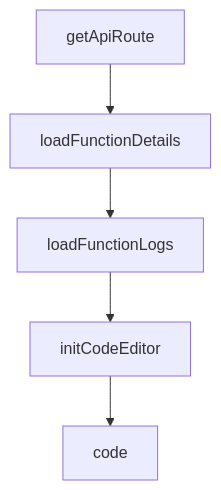
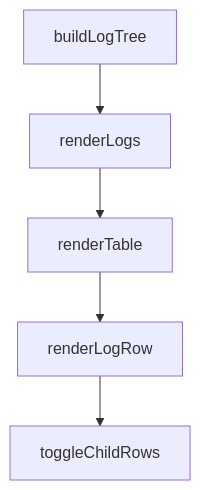
Before and after one commit to johnxie/awesome-code-docs: the diagram in tutorials/babyagi-tutorial/08-production-patterns-and-research-adaptations.md, drawn with Mermaid. The commit also changed other lines of this file and 1232 other files, not shown here.

````diff
--- a/tutorials/babyagi-tutorial/08-production-patterns-and-research-adaptations.md
+++ b/tutorials/babyagi-tutorial/08-production-patterns-and-research-adaptations.md
@@ -211,12 +209,12 @@
 ```mermaid
 flowchart TD
-    A[getApiRoute]
-    B[loadFunctionDetails]
-    C[loadFunctionLogs]
-    D[initCodeEditor]
-    E[code]
+    A[buildLogTree]
+    B[renderLogs]
+    C[renderTable]
+    D[renderLogRow]
+    E[toggleChildRows]
     A --> B
     B --> C
     C --> D
     D --> E
 ```
````
